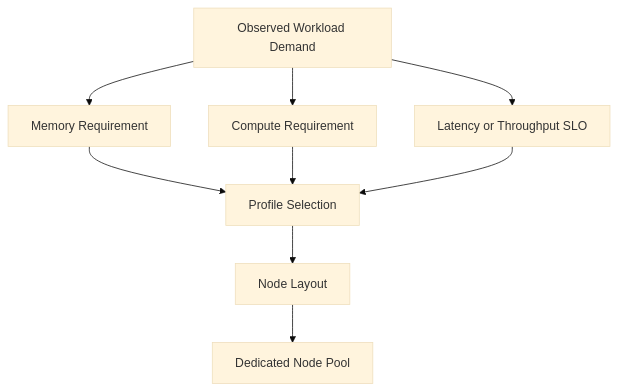
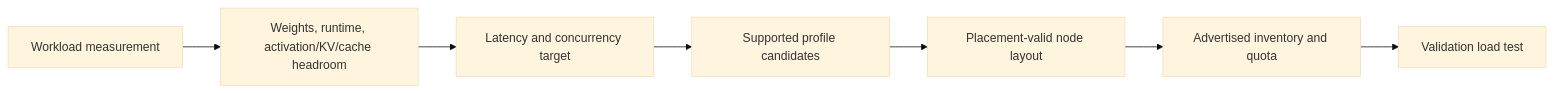
One commit to jithinpnjm/nvidia-devops changed the diagram in docs/nvidia-zero-to-hero/volume-11/chapter-03-mig-profiles-and-placement.md. Above: the diagram before and after it, drawn with Mermaid (base theme). The commit also changed other lines of this file and 4 other files, not shown here.

````diff
--- a/docs/nvidia-zero-to-hero/volume-11/chapter-03-mig-profiles-and-placement.md
+++ b/docs/nvidia-zero-to-hero/volume-11/chapter-03-mig-profiles-and-placement.md
@@ -14,18 +22,9 @@
 ```mermaid
-flowchart TD
-    Demand[Observed Workload Demand]
-    Memory[Memory Requirement]
-    Compute[Compute Requirement]
-    SLO[Latency or Throughput SLO]
-    Profile[Profile Selection]
-    Layout[Node Layout]
-    Pool[Dedicated Node Pool]
-
-    Demand --> Memory
-    Demand --> Compute
-    Demand --> SLO
-    Memory --> Profile
-    Compute --> Profile
-    SLO --> Profile
-    Profile --> Layout --> Pool
+flowchart LR
+    W[Workload measurement] --> A[Weights, runtime, activation/KV/cache headroom]
+    A --> S[Latency and concurrency target]
+    S --> P[Supported profile candidates]
+    P --> G[Placement-valid node layout]
+    G --> I[Advertised inventory and quota]
+    I --> V[Validation load test]
 ```
````
